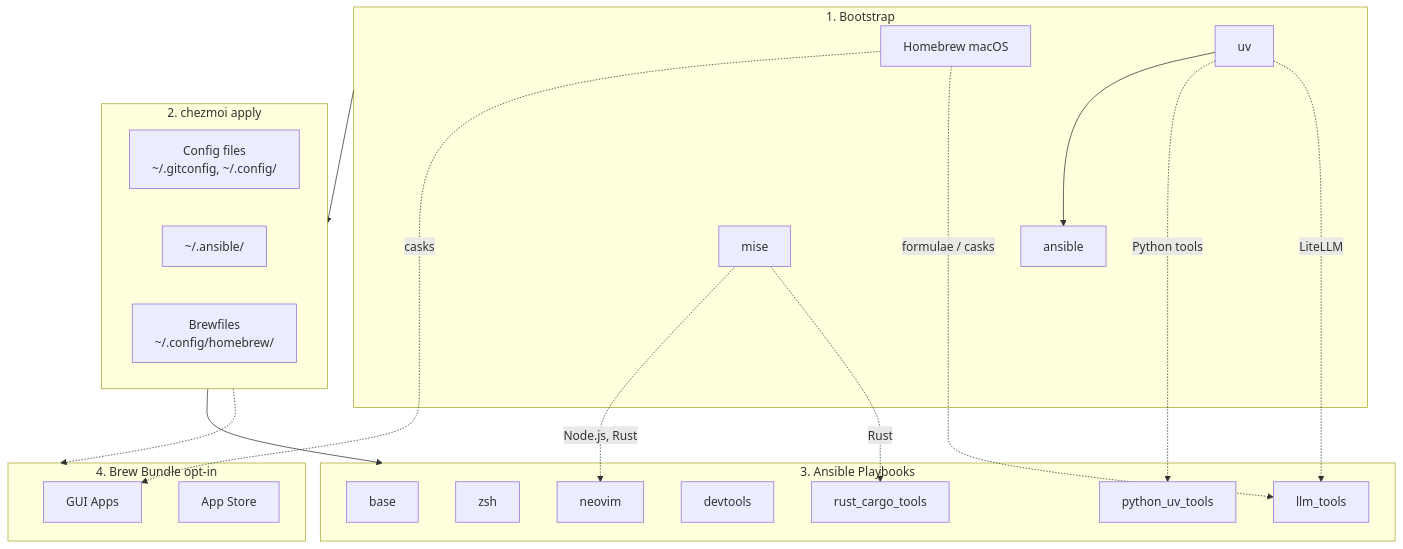
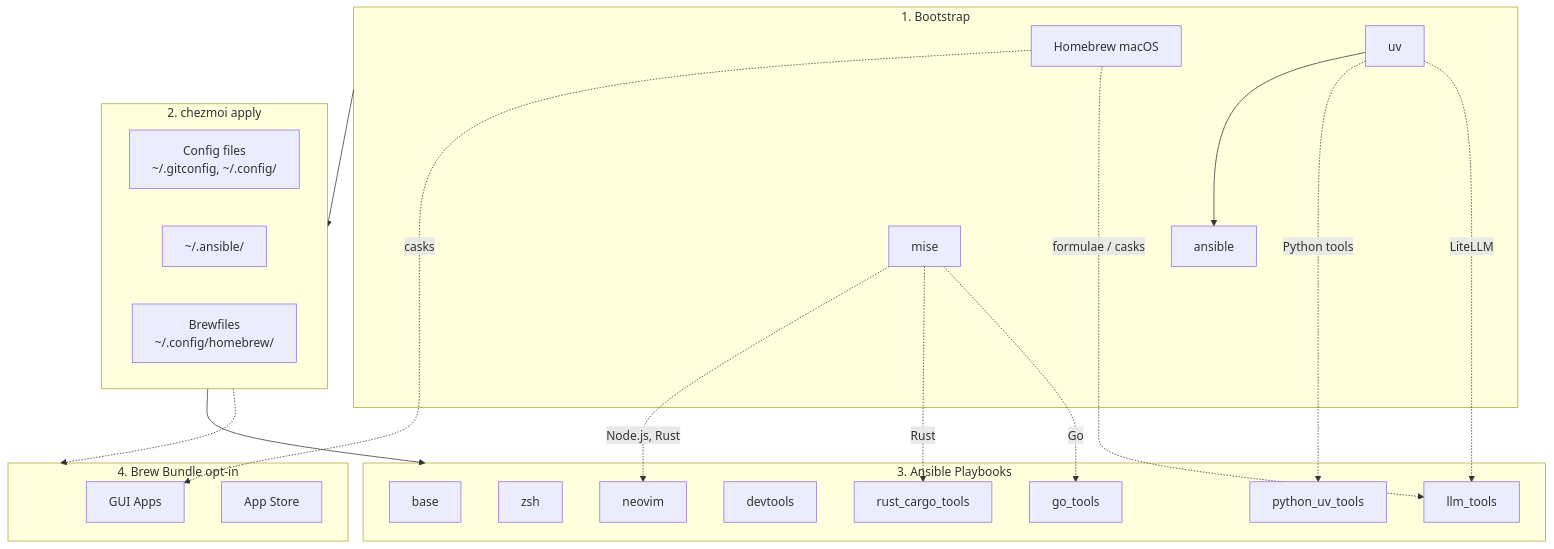
One commit to daviddwlee84/dotfiles changed the diagram in README.md. Above: the diagram before and after it, drawn with Mermaid. The commit also changed other lines of this file and 10 other files, not shown here.

````diff
--- a/README.md
+++ b/README.md
@@ -19,38 +19,40 @@
 ```mermaid
 flowchart TB
     subgraph Bootstrap["1. Bootstrap"]
         BREW[Homebrew macOS]
         UV[uv] --> ANS[ansible]
         MISE[mise]
     end
 
     subgraph Chezmoi["2. chezmoi apply"]
         DOT[Config files<br/>~/.gitconfig, ~/.config/]
         ANSDIR[~/.ansible/]
         BREWFILE[Brewfiles<br/>~/.config/homebrew/]
     end
 
     subgraph Ansible["3. Ansible Playbooks"]
         BASE[base]
         ZSH[zsh]
         NVIM[neovim]
         DEVTOOLS[devtools]
         UVTOOLS[python_uv_tools]
         CARGO[rust_cargo_tools]
+        GOTOOLS[go_tools]
         LLMTOOLS[llm_tools]
     end
 
     subgraph BrewBundle["4. Brew Bundle opt-in"]
         CASKS[GUI Apps]
         MAS[App Store]
     end
 
     Bootstrap --> Chezmoi --> Ansible
     Chezmoi -.-> BrewBundle
     MISE -.->|Node.js, Rust| NVIM
     MISE -.->|Rust| CARGO
+    MISE -.->|Go| GOTOOLS
     UV -.->|Python tools| UVTOOLS
     UV -.->|LiteLLM| LLMTOOLS
     BREW -.->|casks| CASKS
     BREW -.->|formulae / casks| LLMTOOLS
 ```
````
